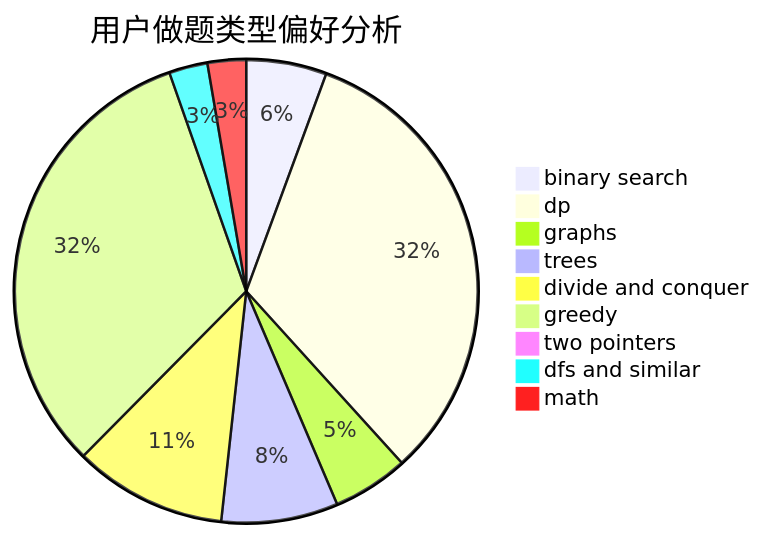
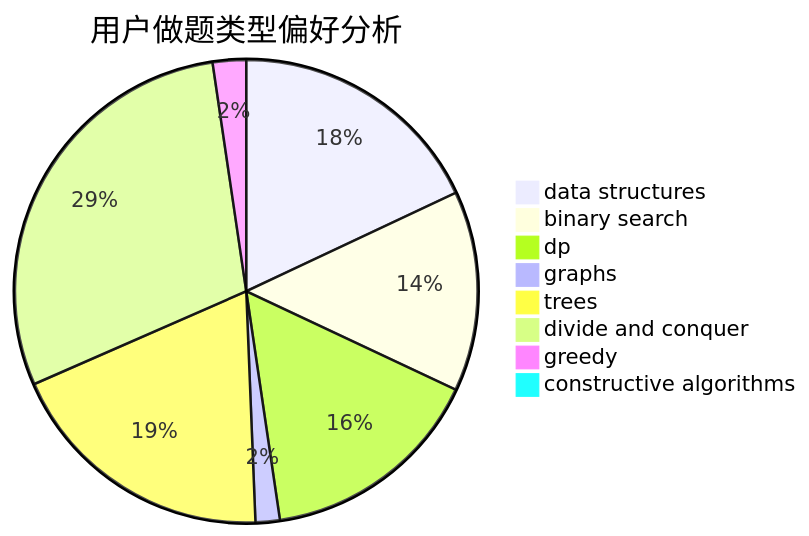
The second of 3 diagrams in docs/user/u879.md (sherpahu/cfrs.github.io), drawn with Mermaid before and after one commit. The commit also changed other lines of this file and 2775 other files, not shown here.

````diff
--- a/docs/user/u879.md
+++ b/docs/user/u879.md
@@ -23,12 +23,11 @@
 ```mermaid
 pie title 用户做题类型偏好分析
-    "binary search" :  73
-    "dp" :  425
-    "graphs" :  69
-    "trees" :  106
-    "divide and conquer" :  139
-    "greedy" :  419
-    "two pointers" :  10
-    "dfs and similar" :  35
-    "math" :  35
+    "data structures" :  85
+    "binary search" :  66
+    "dp" :  74
+    "graphs" :  8
+    "trees" :  90
+    "divide and conquer" :  138
+    "greedy" :  11
+    "constructive algorithms" :  4
 ```
````
